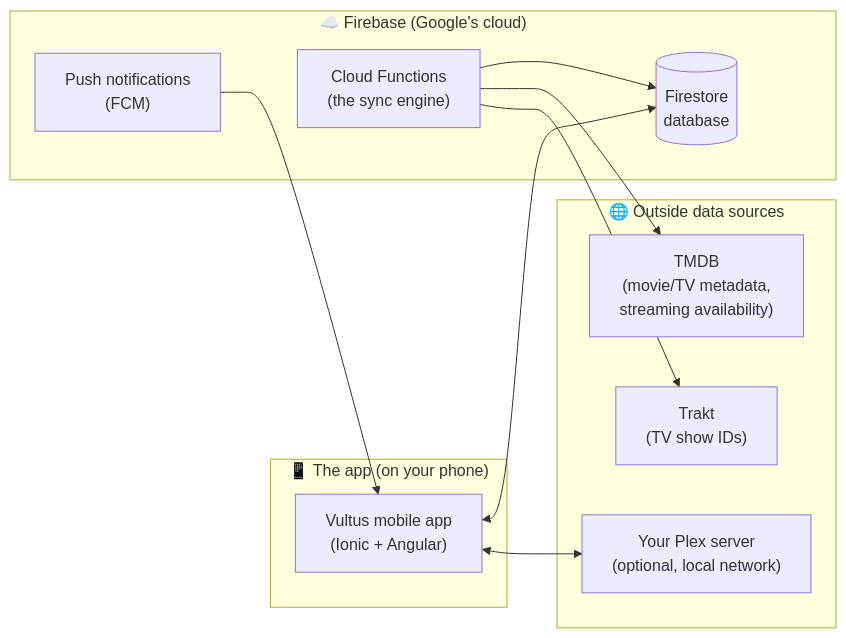
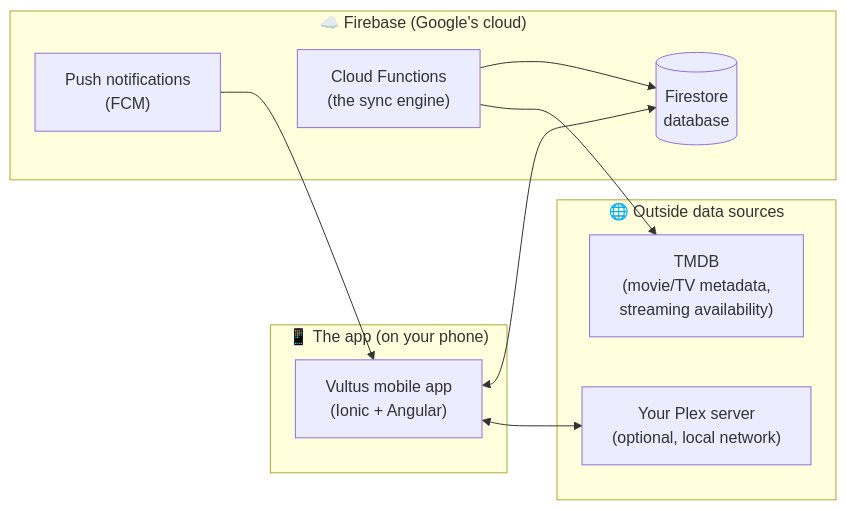
Before and after one commit to Versure/Vultus: the first of 2 diagrams in docs/ARCHITECTURE.md, drawn with Mermaid. The commit also changed other lines of this file and 53 other files, not shown here.

````diff
--- a/docs/ARCHITECTURE.md
+++ b/docs/ARCHITECTURE.md
@@ -32,23 +32,21 @@
 ```mermaid
 flowchart LR
     subgraph Phone["📱 The app (on your phone)"]
         App["Vultus mobile app<br/>(Ionic + Angular)"]
     end
     subgraph Cloud["☁️ Firebase (Google's cloud)"]
         DB[("Firestore<br/>database")]
         Fn["Cloud Functions<br/>(the sync engine)"]
         Push["Push notifications<br/>(FCM)"]
     end
     subgraph External["🌐 Outside data sources"]
         TMDB["TMDB<br/>(movie/TV metadata,<br/>streaming availability)"]
-        Trakt["Trakt<br/>(TV show IDs)"]
         Plex["Your Plex server<br/>(optional, local network)"]
     end
 
     App <--> DB
     Fn --> DB
     Fn --> TMDB
-    Fn --> Trakt
     Push --> App
     App <--> Plex
 ```
````
